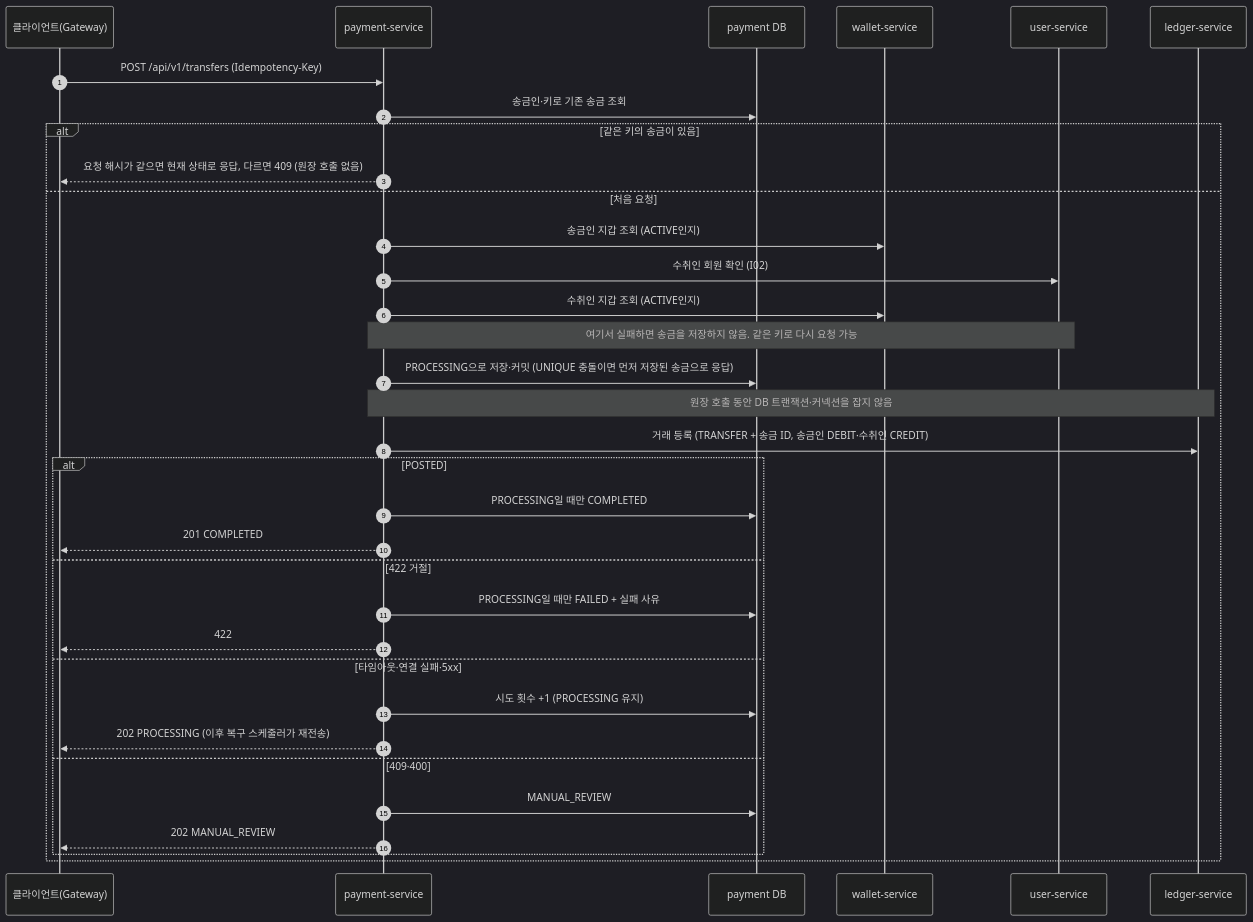
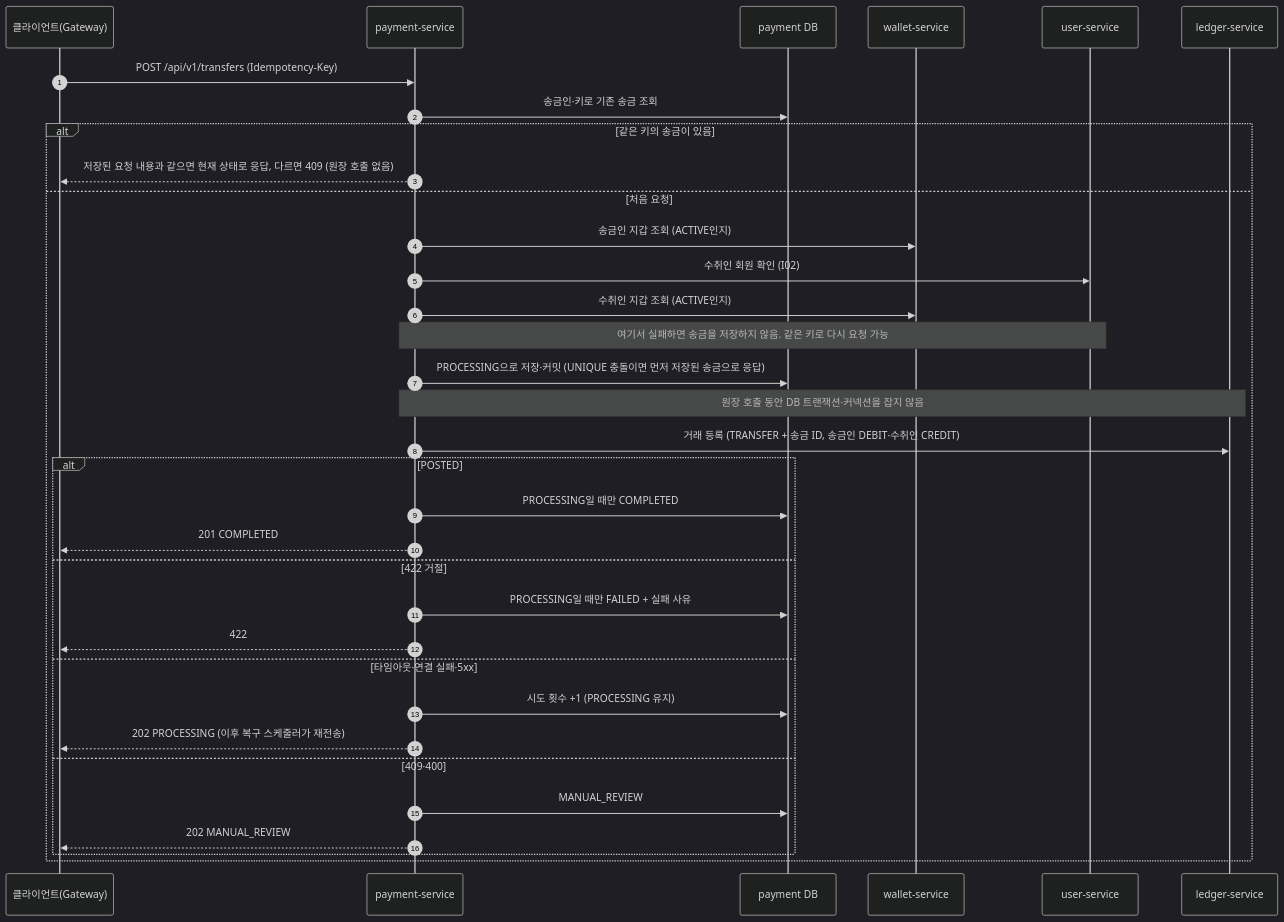
Before and after one commit to dont-worrys/travelpay: the first of 5 diagrams in docs/guide/payment-transfer.md, drawn with Mermaid (dark theme). The commit also changed other lines of this file and 13 other files, not shown here.

````diff
--- a/docs/guide/payment-transfer.md
+++ b/docs/guide/payment-transfer.md
@@ -124,37 +124,37 @@
 ```mermaid
 sequenceDiagram
     autonumber
     participant C as 클라이언트(Gateway)
     participant P as payment-service
     participant DB as payment DB
     participant W as wallet-service
     participant U as user-service
     participant L as ledger-service
 
     C->>P: POST /api/v1/transfers (Idempotency-Key)
     P->>DB: 송금인·키로 기존 송금 조회
     alt 같은 키의 송금이 있음
-        P-->>C: 요청 해시가 같으면 현재 상태로 응답, 다르면 409 (원장 호출 없음)
+        P-->>C: 저장된 요청 내용과 같으면 현재 상태로 응답, 다르면 409 (원장 호출 없음)
     else 처음 요청
         P->>W: 송금인 지갑 조회 (ACTIVE인지)
         P->>U: 수취인 회원 확인 (I02)
         P->>W: 수취인 지갑 조회 (ACTIVE인지)
         Note over P,U: 여기서 실패하면 송금을 저장하지 않음. 같은 키로 다시 요청 가능
         P->>DB: PROCESSING으로 저장·커밋 (UNIQUE 충돌이면 먼저 저장된 송금으로 응답)
         Note over P,L: 원장 호출 동안 DB 트랜잭션·커넥션을 잡지 않음
         P->>L: 거래 등록 (TRANSFER + 송금 ID, 송금인 DEBIT·수취인 CREDIT)
         alt POSTED
             P->>DB: PROCESSING일 때만 COMPLETED
             P-->>C: 201 COMPLETED
         else 422 거절
             P->>DB: PROCESSING일 때만 FAILED + 실패 사유
             P-->>C: 422
         else 타임아웃·연결 실패·5xx
             P->>DB: 시도 횟수 +1 (PROCESSING 유지)
             P-->>C: 202 PROCESSING (이후 복구 스케줄러가 재전송)
         else 409·400
             P->>DB: MANUAL_REVIEW
             P-->>C: 202 MANUAL_REVIEW
         end
     end
 ```
````
